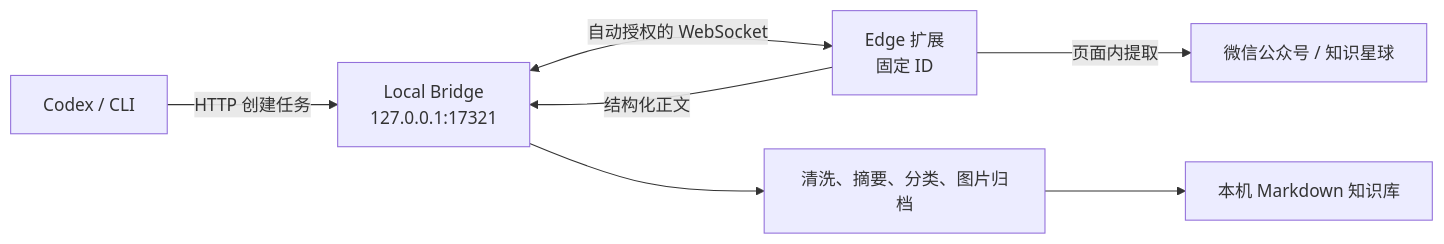
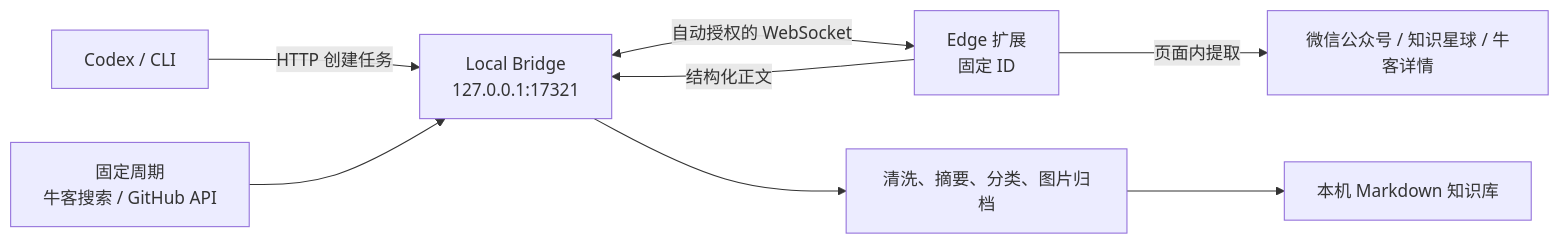
The diagram in README.md (AmbitionC/data-collector), drawn with Mermaid before and after one commit. The commit also changed other lines of this file and 7 other files, not shown here.

````diff
--- a/README.md
+++ b/README.md
@@ -18,9 +20,10 @@
 ```mermaid
 flowchart LR
     C["Codex / CLI"] -->|"HTTP 创建任务"| B["Local Bridge\n127.0.0.1:17321"]
+    S["固定周期\n牛客搜索 / GitHub API"] --> B
     B <-->|"自动授权的 WebSocket"| E["Edge 扩展\n固定 ID"]
-    E -->|"页面内提取"| W["微信公众号 / 知识星球"]
+    E -->|"页面内提取"| W["微信公众号 / 知识星球 / 牛客详情"]
     E -->|"结构化正文"| B
     B --> O["清洗、摘要、分类、图片归档"]
     O --> L["本机 Markdown 知识库"]
 ```
````
